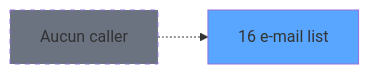
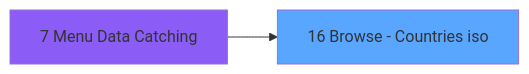
Before and after one commit to thonyAGP/lecteur-magic: the third of 4 diagrams in .openspec/specs/ADH-IDE-16.md, drawn with Mermaid. The commit also changed other lines of this file and 493 other files, not shown here.

````diff
--- a/.openspec/specs/ADH-IDE-16.md
+++ b/.openspec/specs/ADH-IDE-16.md
@@ -109,8 +867,8 @@
 ```mermaid
 graph LR
-    T16[16 e-mail list]
+    T16[16 Browse - Countries iso]
     style T16 fill:#58a6ff
-    NONE[Aucun caller]
-    NONE -.-> T16
-    style NONE fill:#6b7280,stroke-dasharray: 5 5
+    CC7[7 Menu Data Catching]
+    style CC7 fill:#8b5cf6
+    CC7 --> T16
 ```
````
